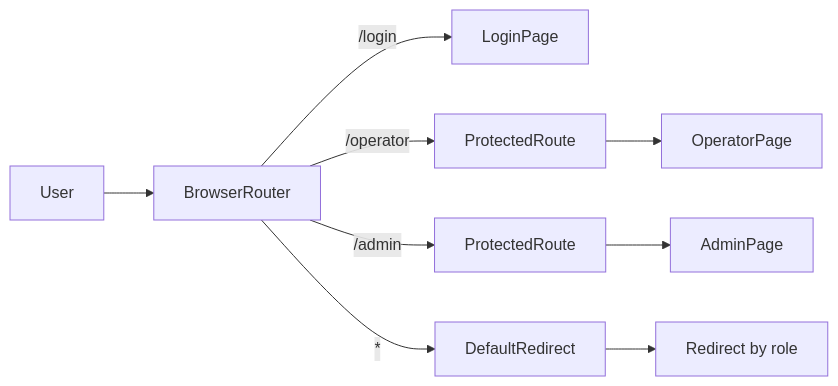
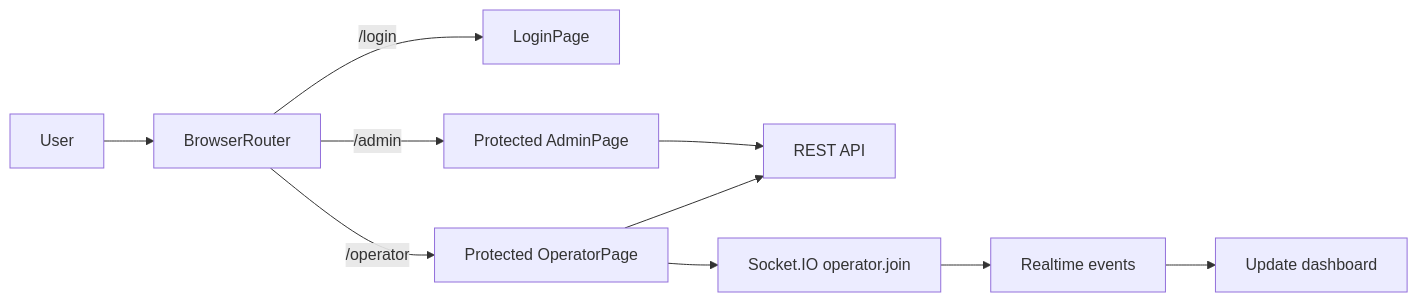
Before and after one commit to Duongajaas/NT131: the diagram in frontend/README.md, drawn with Mermaid. The commit also changed other lines of this file and 12 other files, not shown here.

Commit message:
docs : update readme and add architecture, flow image

````diff
--- a/frontend/README.md
+++ b/frontend/README.md
@@ -90,11 +96,12 @@
 ```mermaid
 flowchart LR
-U[User] --> BR[BrowserRouter]
-BR -->|/login| L[LoginPage]
-BR -->|/operator| P1[ProtectedRoute]
-BR -->|/admin| P2[ProtectedRoute]
-P1 --> OP[OperatorPage]
-P2 --> AD[AdminPage]
-BR -->|*| D[DefaultRedirect]
-D --> R[Redirect by role]
+  U[User] --> BR[BrowserRouter]
+  BR -->|/login| L[LoginPage]
+  BR -->|/operator| OP[Protected OperatorPage]
+  BR -->|/admin| AD[Protected AdminPage]
+  OP --> API[REST API]
+  AD --> API
+  OP --> SIO[Socket.IO operator.join]
+  SIO --> EVT[Realtime events]
+  EVT --> UI[Update dashboard]
 ```
````
